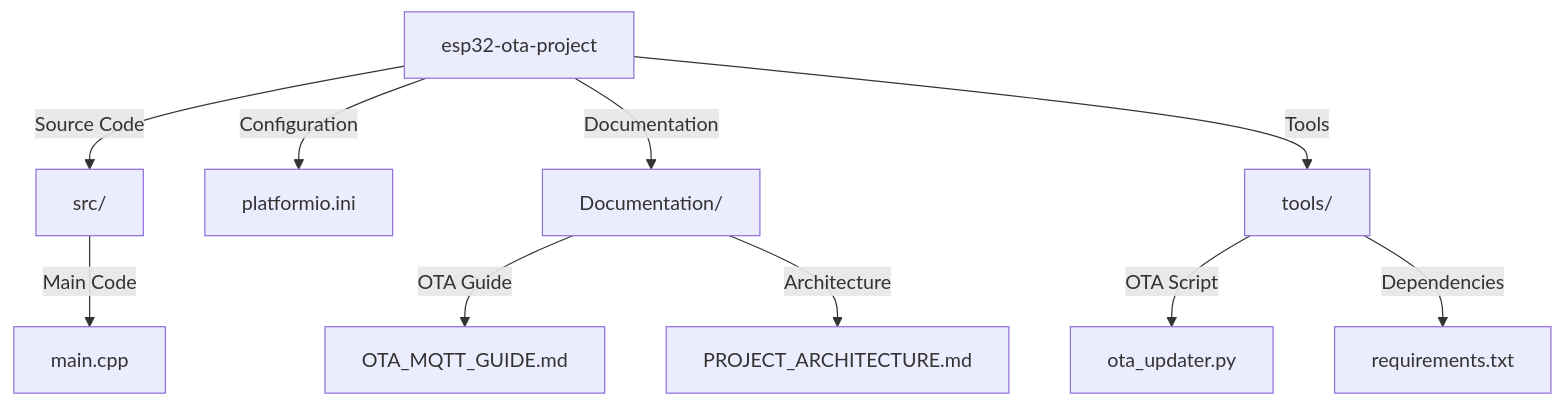
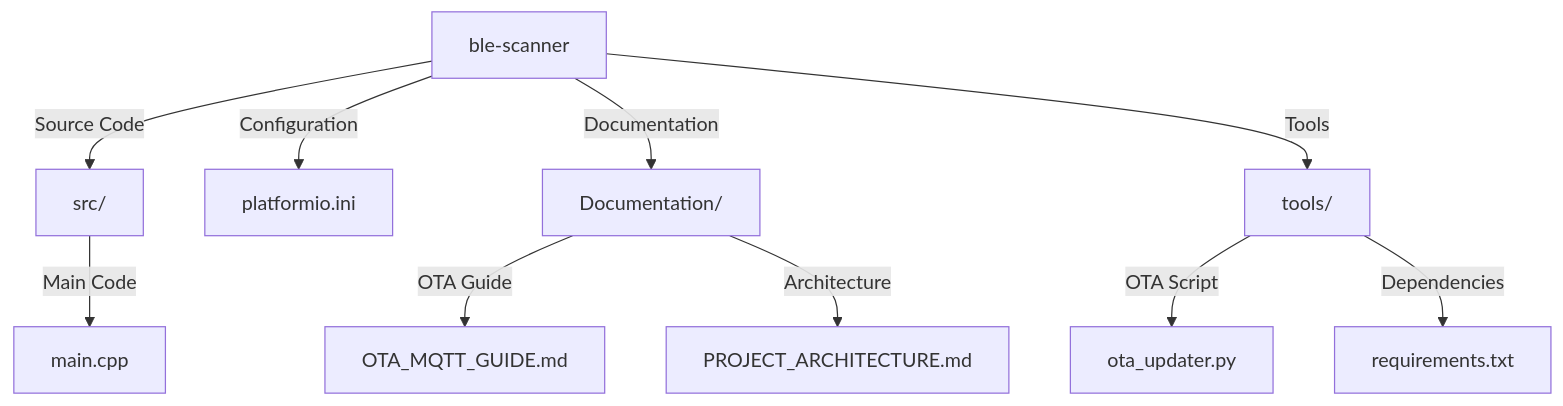
The sixth of 6 diagrams in PROJECT_ARCHITECTURE.md (shmrymbd/esp32-ota-project), drawn with Mermaid before and after one commit. The commit also changed other lines of this file and 2 other files, not shown here.

Commit message:
refactor: Rename project to ble-scanner
- Update project name in documentation
- Rename Arduino sketch file
- Update MQTT topics
- Update repository references
- Update directory structure diagram

````diff
--- a/PROJECT_ARCHITECTURE.md
+++ b/PROJECT_ARCHITECTURE.md
@@ -134,12 +134,12 @@
 ```mermaid
 graph TB
-    Root[esp32-ota-project] -->|Source Code| SRC[src/]
+    Root[ble-scanner] -->|Source Code| SRC[src/]
     Root -->|Configuration| PIO[platformio.ini]
     Root -->|Documentation| DOC[Documentation/]
     Root -->|Tools| TOOLS[tools/]
     SRC -->|Main Code| MAIN[main.cpp]
     DOC -->|OTA Guide| OTA[OTA_MQTT_GUIDE.md]
     DOC -->|Architecture| ARCH[PROJECT_ARCHITECTURE.md]
     TOOLS -->|OTA Script| OTAPY[ota_updater.py]
     TOOLS -->|Dependencies| REQ[requirements.txt]
 ```
````
